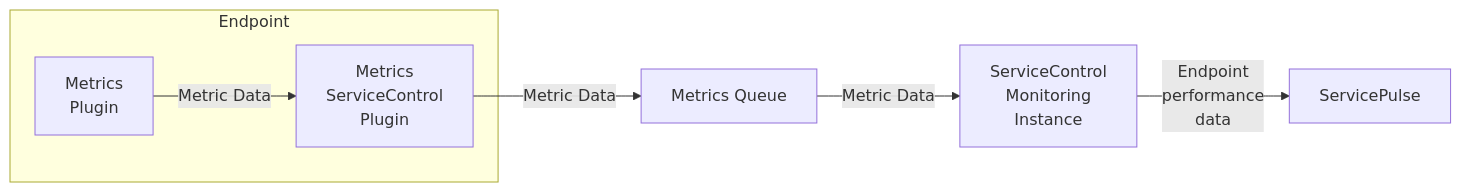
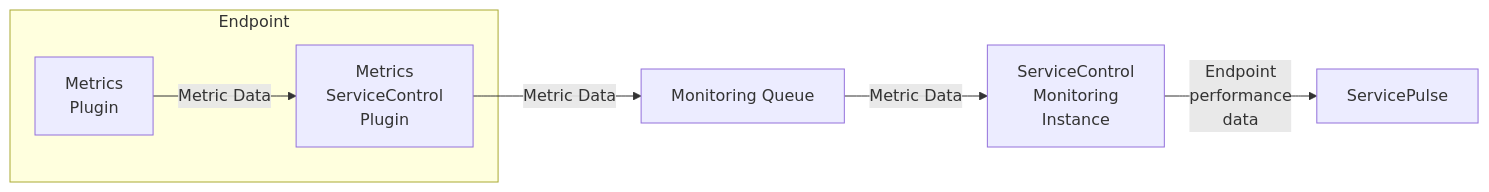
The diagram in monitoring/metrics/index.md (Particular/docs.particular.net), drawn with Mermaid before and after one commit. The commit also changed other lines of this file and 3 other files, not shown here.

````diff
--- a/monitoring/metrics/index.md
+++ b/monitoring/metrics/index.md
@@ -22,13 +22,13 @@
 ```mermaid
 graph LR
 
 subgraph Endpoint
   Metrics[Metrics<br>Plugin] -- Metric Data --> MetricsSC[Metrics<br>ServiceControl<br>Plugin]
 end
 
 MetricsSC -- Metric Data --> MQ
 
-MQ[Metrics Queue] -- Metric Data --> Monitoring[ServiceControl<br>Monitoring<br>Instance]
+MQ[Monitoring Queue] -- Metric Data --> Monitoring[ServiceControl<br>Monitoring<br>Instance]
 
 Monitoring -- Endpoint<br>performance<br>data --> ServicePulse
 ```
````
